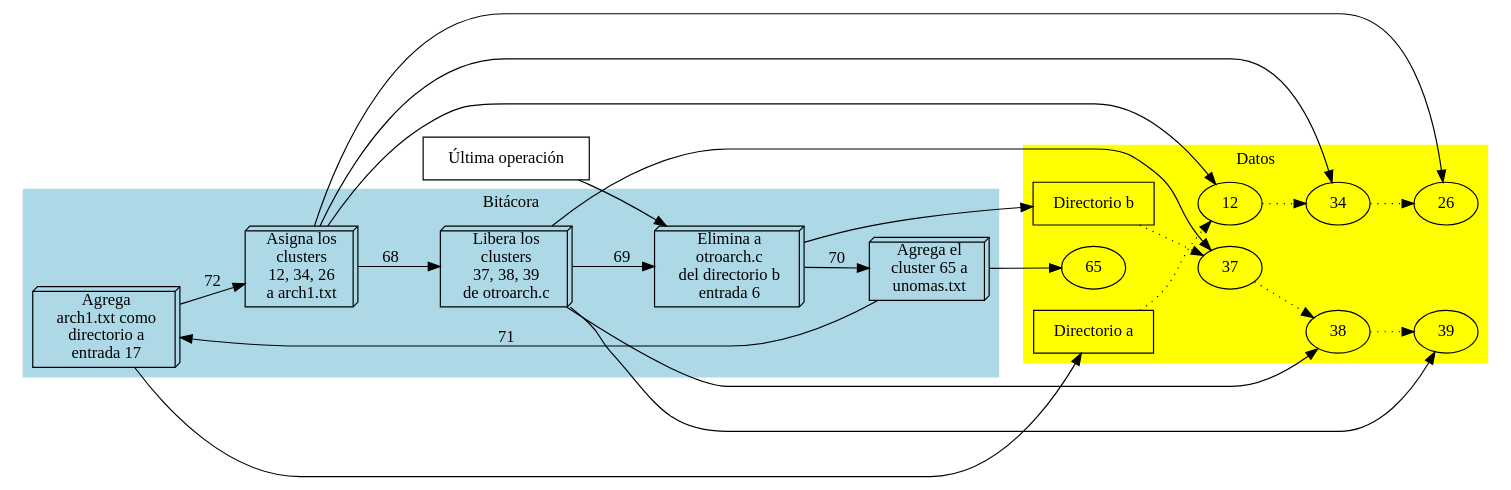
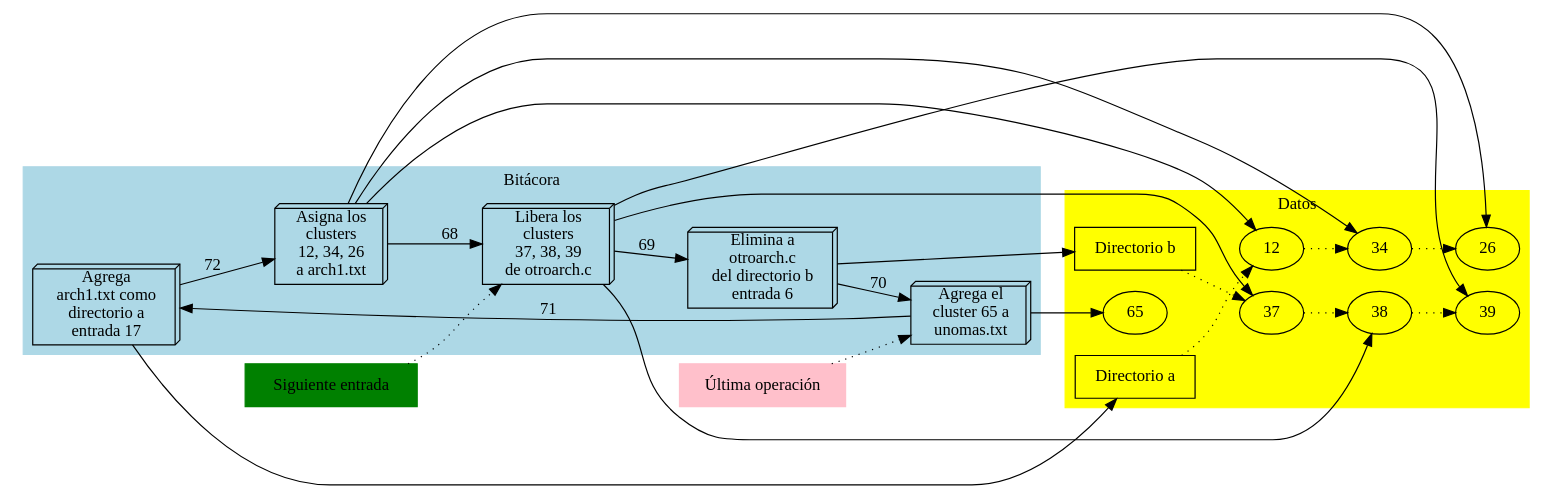
One commit to gwolf/sistop changed the diagram in laminas/14-estructura-en-el-dispositivo.org. Above: the diagram before and after it, drawn with Graphviz. The commit also changed other lines of this file and 4 other files, not shown here.

```diff
--- a/laminas/14-estructura-en-el-dispositivo.org
+++ b/laminas/14-estructura-en-el-dispositivo.org
@@ -727,45 +730,47 @@
 #+begin_src dot :exports results :file ltxpng/fs_journaling.png
   digraph G {
           rankdir=LR;
           subgraph cluster0 {
                   label = "Bitácora"
                   color = lightblue;
                   style = "filled";
                   1 [shape="box3d", label = "Agrega\narch1.txt como\ndirectorio a\nentrada 17"];
                   2 [shape="box3d", label = "Asigna los\nclusters\n12, 34, 26\na arch1.txt"];
                   3 [shape="box3d", label = "Libera los\nclusters\n37, 38, 39\nde otroarch.c"];
                   4 [shape="box3d", label = "Elimina a\notroarch.c\ndel directorio b\nentrada 6"];
                   5 [shape="box3d", label = "Agrega el\ncluster 65 a\nunomas.txt"];
   
                   1 -> 2 [label = "72"];
                   2 -> 3 [label = "68"];
                   3 -> 4 [label = "69"];
                   4 -> 5 [label = "70"];
                   5 -> 1 [label = "71"];
           }
   
           subgraph cluster1 {
                   label = "Datos";
                   color = yellow;
                   style = "filled";
                   directorioa [label = "Directorio a", shape="box"];
                   directoriob [label = "Directorio b", shape="box"];
                   65;
                   directorioa -> 12 -> 34 -> 26 [style="dotted"];
                   directoriob -> 37 -> 38 -> 39 [style="dotted"];
                   
   }
           1 -> directorioa;
           2 -> 12;
           2 -> 34;
           2 -> 26;
           3 -> 37;
           3 -> 38;
           3 -> 39;
           4 -> directoriob;
           5 -> 65;
   
-          ultimaop [label = "Última operación", shape="box"];
-          ultimaop -> 4;
+          ultimaop [label = "Última operación", shape="box", color="pink", style="filled"];
+          ultimaop -> 5 [style="dotted"];
+          cabeza [label = "Siguiente entrada", shape="box", color="green", style="filled"];
+          cabeza -> 3 [style="dotted"];
   }
 #+end_src
```
